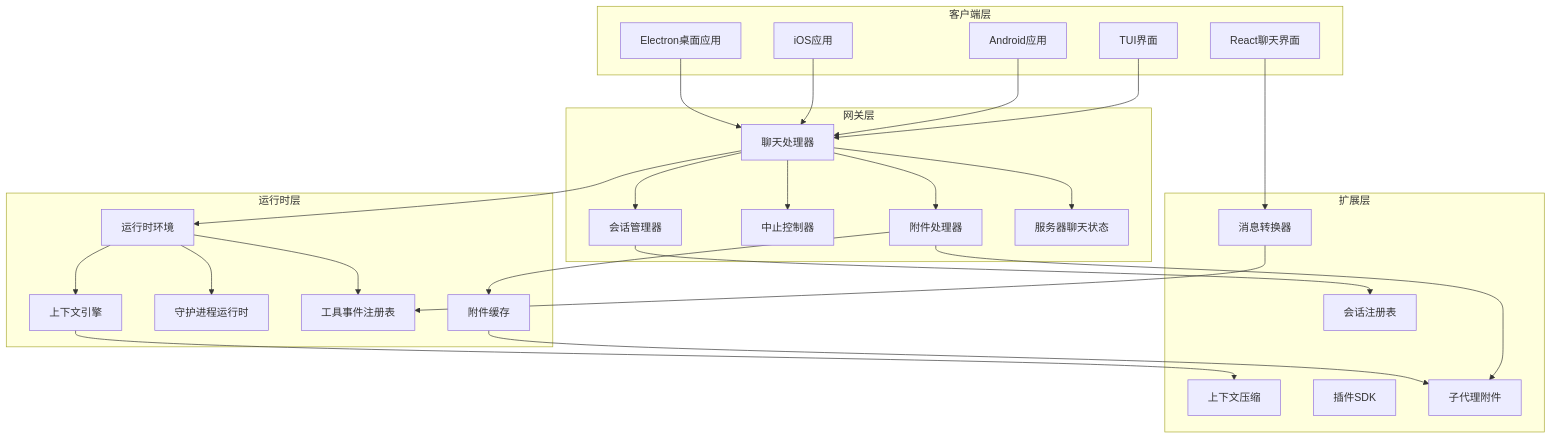
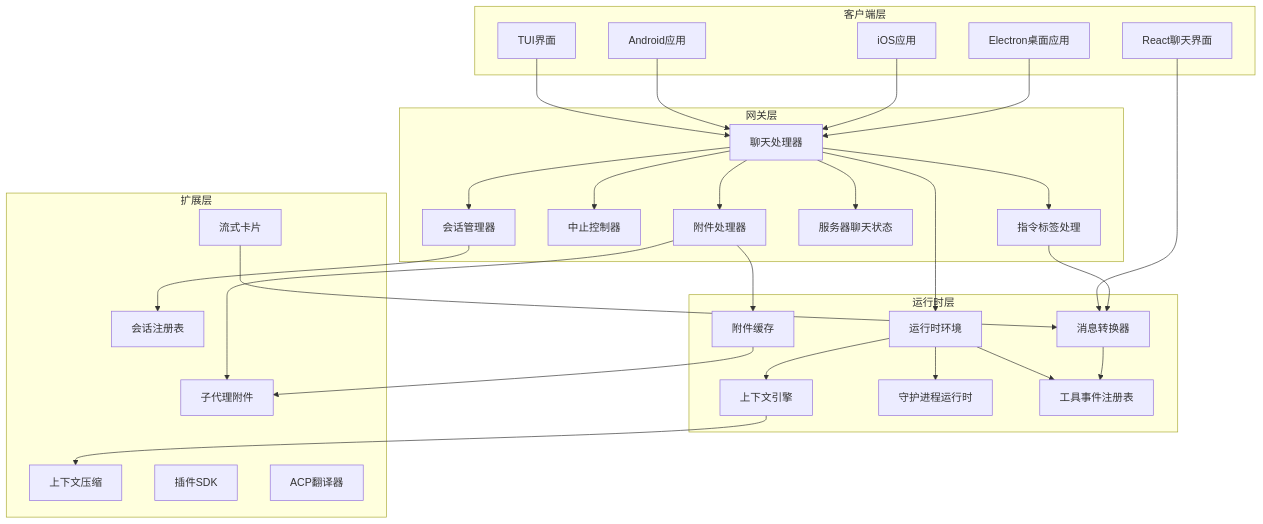
Before and after one commit to verse-ai-org/openclaw: the first of 27 diagrams in .qoder/repowiki/zh/content/Web界面/WebChat界面/聊天运行时提供者增强.md, drawn with Mermaid. The commit also changed other lines of this file and 18 other files, not shown here.

````diff
--- a/.qoder/repowiki/zh/content/Web界面/WebChat界面/聊天运行时提供者增强.md
+++ b/.qoder/repowiki/zh/content/Web界面/WebChat界面/聊天运行时提供者增强.md
@@ -59,50 +71,56 @@
 ```mermaid
 graph TB
 subgraph "客户端层"
 TUI[TUI界面]
 Android[Android应用]
 iOS[iOS应用]
 Electron[Electron桌面应用]
 ReactUI[React聊天界面]
 end
 subgraph "网关层"
 ChatHandlers[聊天处理器]
 ChatAttachments[附件处理器]
 AbortController[中止控制器]
 SessionManager[会话管理器]
 ServerChat[服务器聊天状态]
+DirectiveTags[指令标签处理]
 end
 subgraph "运行时层"
 RuntimeEnv[运行时环境]
 ContextEngine[上下文引擎]
 DaemonRuntime[守护进程运行时]
 ToolEventRegistry[工具事件注册表]
 AttachmentCache[附件缓存]
+MessageConverter[消息转换器]
 end
 subgraph "扩展层"
 SessionRegistry[会话注册表]
 ContextPruning[上下文压缩]
 PluginSDK[插件SDK]
-MessageConverter[消息转换器]
+ACPTranslator[ACP翻译器]
 SubagentAttachments[子代理附件]
+StreamingCard[流式卡片]
 end
 TUI --> ChatHandlers
 Android --> ChatHandlers
 iOS --> ChatHandlers
 Electron --> ChatHandlers
 ReactUI --> MessageConverter
 ChatHandlers --> ChatAttachments
 ChatHandlers --> AbortController
 ChatHandlers --> SessionManager
 ChatHandlers --> ServerChat
+ChatHandlers --> DirectiveTags
 ChatHandlers --> RuntimeEnv
 ChatAttachments --> AttachmentCache
 ChatAttachments --> SubagentAttachments
+DirectiveTags --> MessageConverter
 RuntimeEnv --> ContextEngine
 RuntimeEnv --> DaemonRuntime
 RuntimeEnv --> ToolEventRegistry
 SessionManager --> SessionRegistry
 ContextEngine --> ContextPruning
 MessageConverter --> ToolEventRegistry
+StreamingCard --> MessageConverter
 AttachmentCache --> SubagentAttachments
 ```
````
